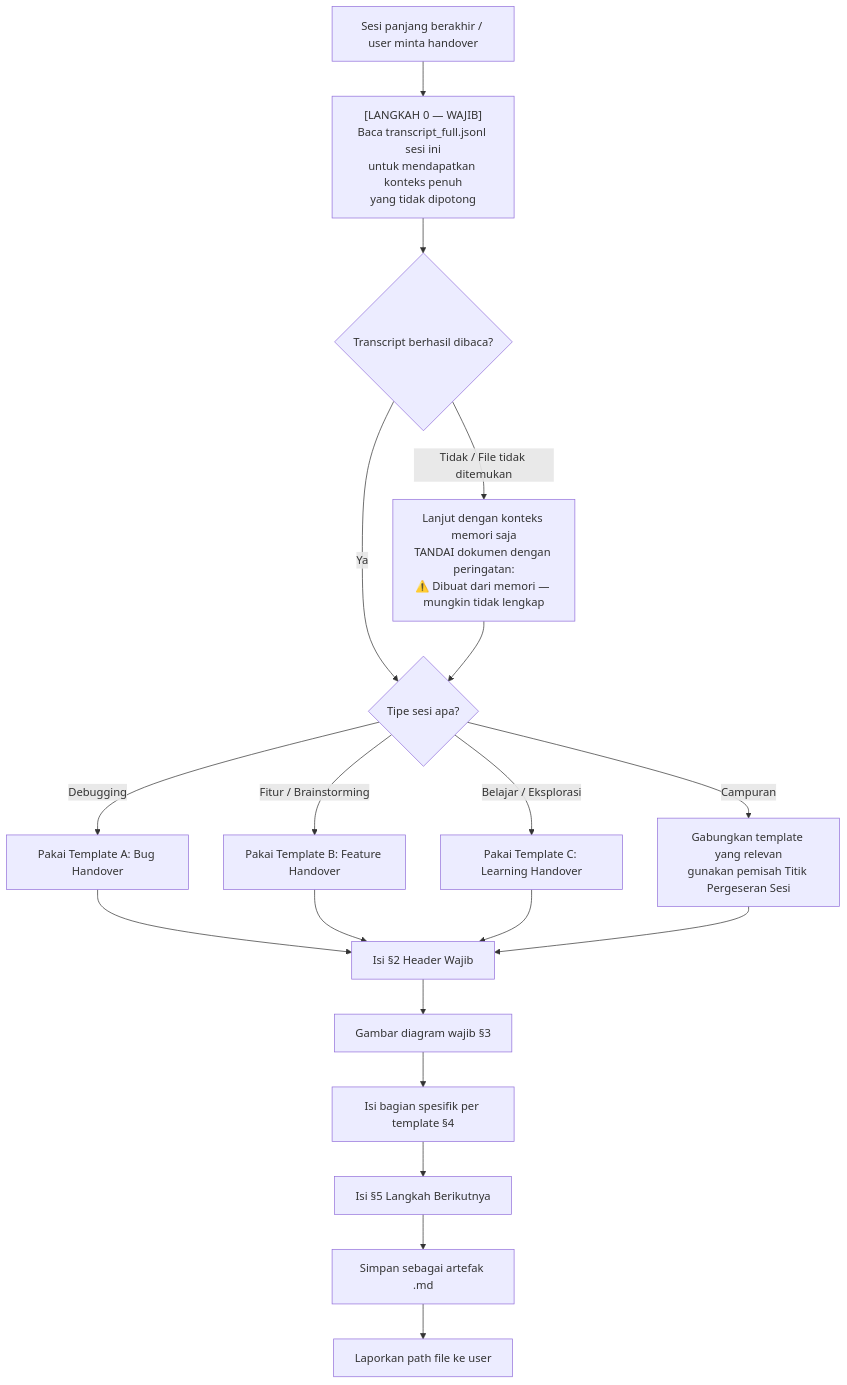
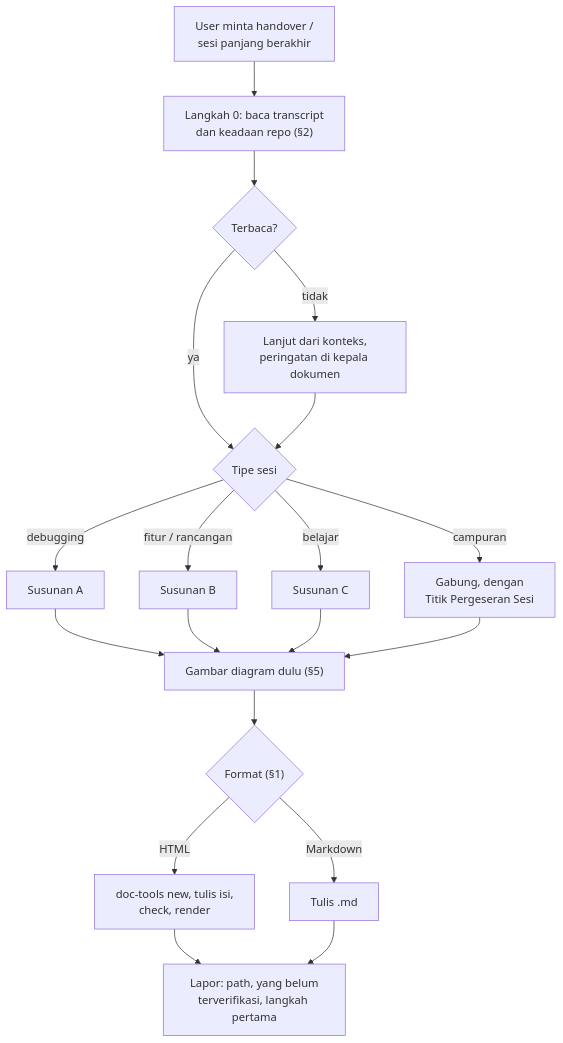
The diagram in skills/meta-handover/SKILL.md (muhananaufal/antigravity-config), drawn with Mermaid before and after one commit. The commit also changed other lines of this file, not shown here.

First line of the commit message:
feat(skills): make meta-handover write HTML through meta-prd by default

````diff
--- a/skills/meta-handover/SKILL.md
+++ b/skills/meta-handover/SKILL.md
@@ -36,24 +67,17 @@
 ```mermaid
 flowchart TD
-    A[Sesi panjang berakhir / user minta handover] --> B
-
-    B["[LANGKAH 0 — WAJIB]\nBaca transcript_full.jsonl sesi ini\nuntuk mendapatkan konteks penuh\nyang tidak dipotong"] --> C
-
-    C{Transcript berhasil dibaca?} -->|Tidak / File tidak ditemukan| C2
-    C -->|Ya| D
-
-    C2["Lanjut dengan konteks memori saja\nTANDAI dokumen dengan peringatan:\n⚠️ Dibuat dari memori — mungkin tidak lengkap"] --> D
-
-    D{Tipe sesi apa?}
-    D -->|Debugging| E[Pakai Template A: Bug Handover]
-    D -->|Fitur / Brainstorming| F[Pakai Template B: Feature Handover]
-    D -->|Belajar / Eksplorasi| G[Pakai Template C: Learning Handover]
-    D -->|Campuran| H[Gabungkan template yang relevan\ngunakan pemisah Titik Pergeseran Sesi]
-
-    E & F & G & H --> I[Isi §2 Header Wajib]
-    I --> J[Gambar diagram wajib §3]
-    J --> K[Isi bagian spesifik per template §4]
-    K --> L[Isi §5 Langkah Berikutnya]
-    L --> M[Simpan sebagai artefak .md]
-    M --> N[Laporkan path file ke user]
+    A["User minta handover /<br/>sesi panjang berakhir"] --> B["Langkah 0: baca transcript<br/>dan keadaan repo (§2)"]
+    B --> C{"Terbaca?"}
+    C -- tidak --> C2["Lanjut dari konteks,<br/>peringatan di kepala dokumen"]
+    C -- ya --> D{"Tipe sesi"}
+    C2 --> D
+    D -- debugging --> E["Susunan A"]
+    D -- fitur / rancangan --> F["Susunan B"]
+    D -- belajar --> G["Susunan C"]
+    D -- campuran --> H["Gabung, dengan<br/>Titik Pergeseran Sesi"]
+    E & F & G & H --> I["Gambar diagram dulu (§5)"]
+    I --> J{"Format (§1)"}
+    J -- HTML --> K["doc-tools new, tulis isi,<br/>check, render"]
+    J -- Markdown --> L["Tulis .md"]
+    K & L --> M["Lapor: path, yang belum<br/>terverifikasi, langkah pertama"]
 ```
````
